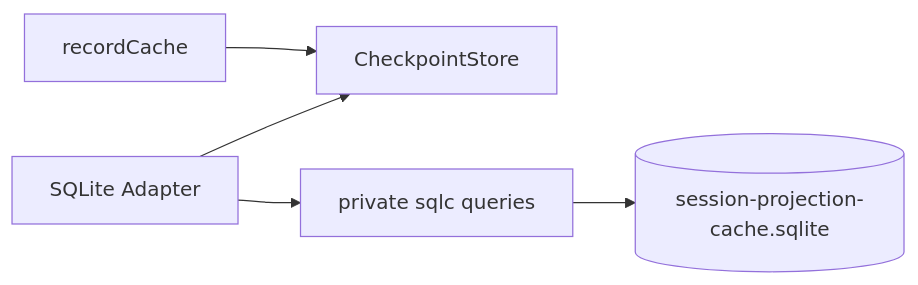
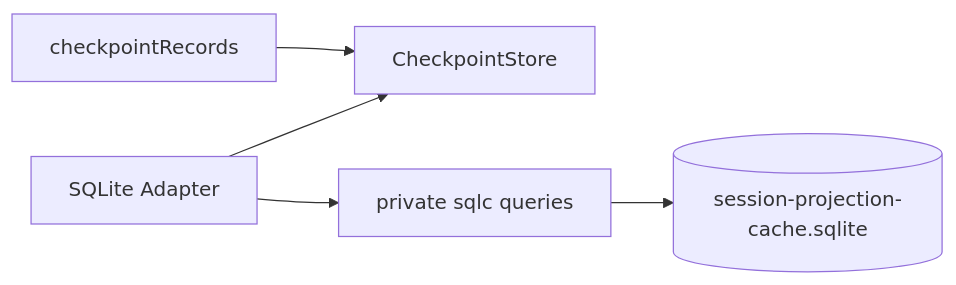
Before and after one commit to gorenx/goren: the diagram in session/projectioncache/sqlite/README.zh-CN.md, drawn with Mermaid. The commit also changed other lines of this file and 11 other files, not shown here.

````diff
--- a/session/projectioncache/sqlite/README.zh-CN.md
+++ b/session/projectioncache/sqlite/README.zh-CN.md
@@ -5,7 +5,7 @@
 ```mermaid
 flowchart LR
-    Cache[recordCache] --> Port[CheckpointStore]
+    Cache[checkpointRecords] --> Port[CheckpointStore]
     Adapter[SQLite Adapter] --> Port
     Adapter --> SQLC[private sqlc queries]
     SQLC --> DB[(session-projection-cache.sqlite)]
 ```
````
